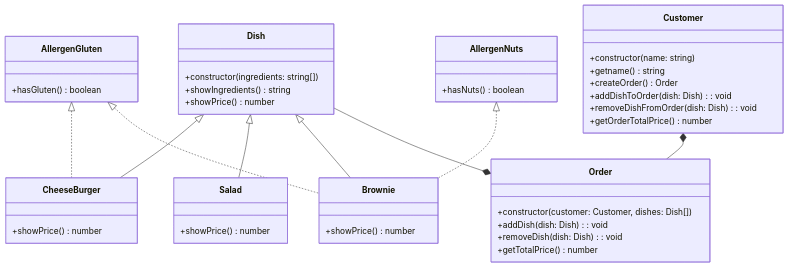
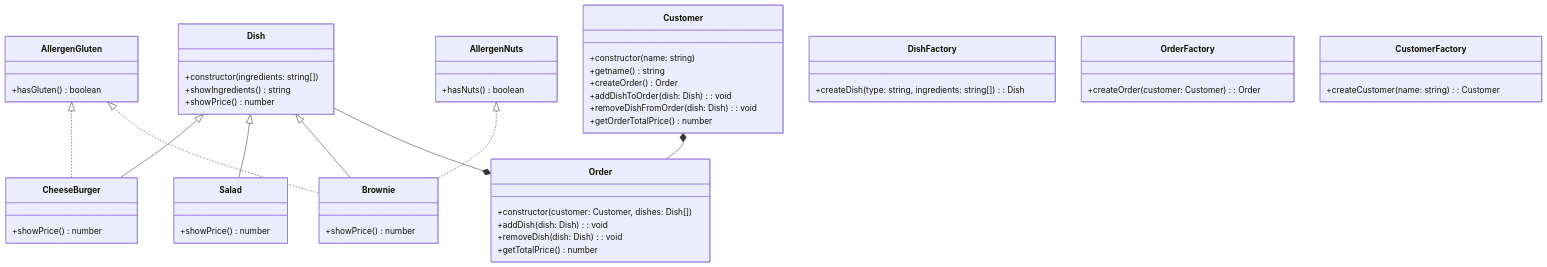
The diagram in restaurant.mmd (Edwige08/exercice_poo_design_pattern_restaurant), drawn with Mermaid before and after one commit. The commit also changed 1 other file, not shown here.

Commit message:
add: classes CustomerFactory, OrderFactory and UpdateOrderStatus

```diff
--- a/restaurant.mmd
+++ b/restaurant.mmd
@@ -1,45 +1,54 @@
 classDiagram
     Dish <|-- CheeseBurger
     Dish <|-- Salad
     Dish <|-- Brownie
     AllergenGluten <|.. CheeseBurger
     AllergenGluten <|.. Brownie
     AllergenNuts <|.. Brownie
     Customer *-- Order
     Dish --* Order
 
     class Dish {
         +constructor(ingredients: string[])
         +showIngredients() string
         +showPrice() number
     }
     class CheeseBurger {
         +showPrice() number
     }
     class Salad {
         +showPrice() number
     }
     class Brownie {
         +showPrice() number
     }
     class AllergenGluten {
         +hasGluten() boolean
     }
     class AllergenNuts {
         +hasNuts() boolean
     }
+    class DishFactory {
+        +createDish(type: string, ingredients: string[]): Dish
+    }
 
     class Customer {
         +constructor(name: string)
         +getname() string
         +createOrder() Order
         +addDishToOrder(dish: Dish): void
         +removeDishFromOrder(dish: Dish): void
         +getOrderTotalPrice() number
     }
     class Order {
         +constructor(customer: Customer, dishes: Dish[])
         +addDish(dish: Dish): void
         +removeDish(dish: Dish): void
         +getTotalPrice() number
     }
+    class OrderFactory {
+        +createOrder(customer: Customer): Order
+    }
+    class CustomerFactory {
+        +createCustomer(name: string): Customer
+    }
```
